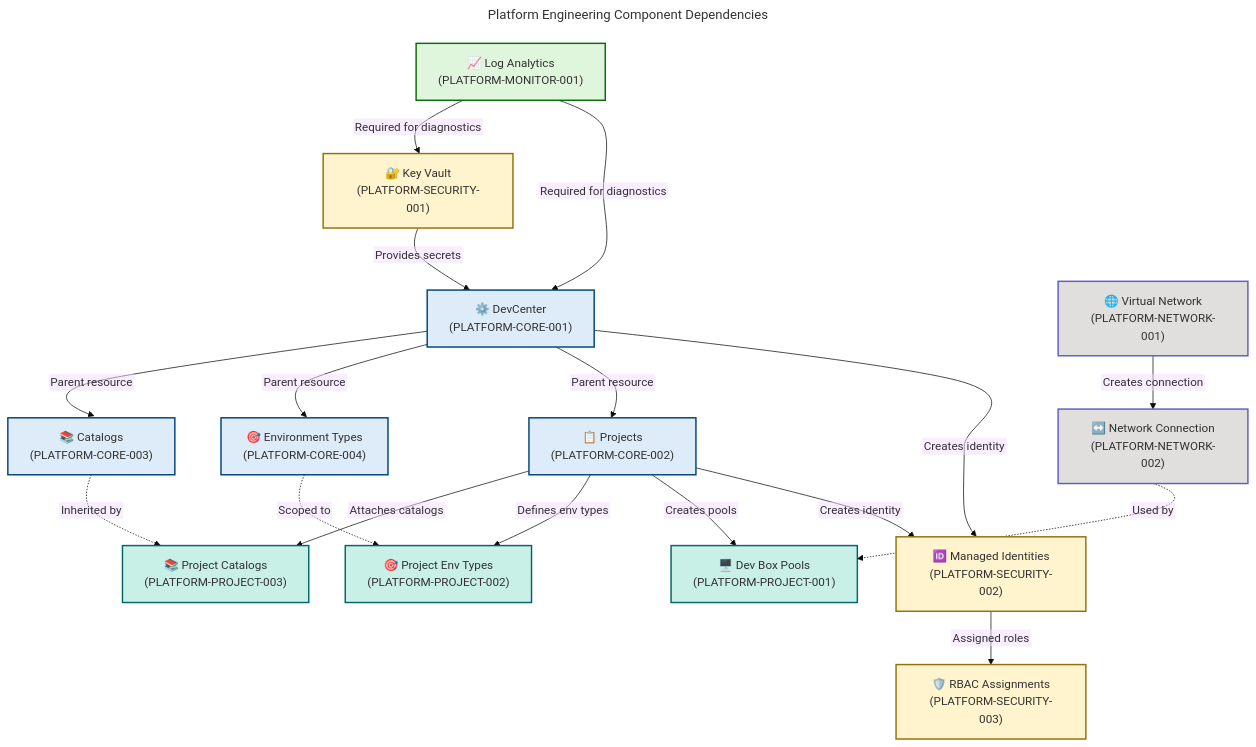
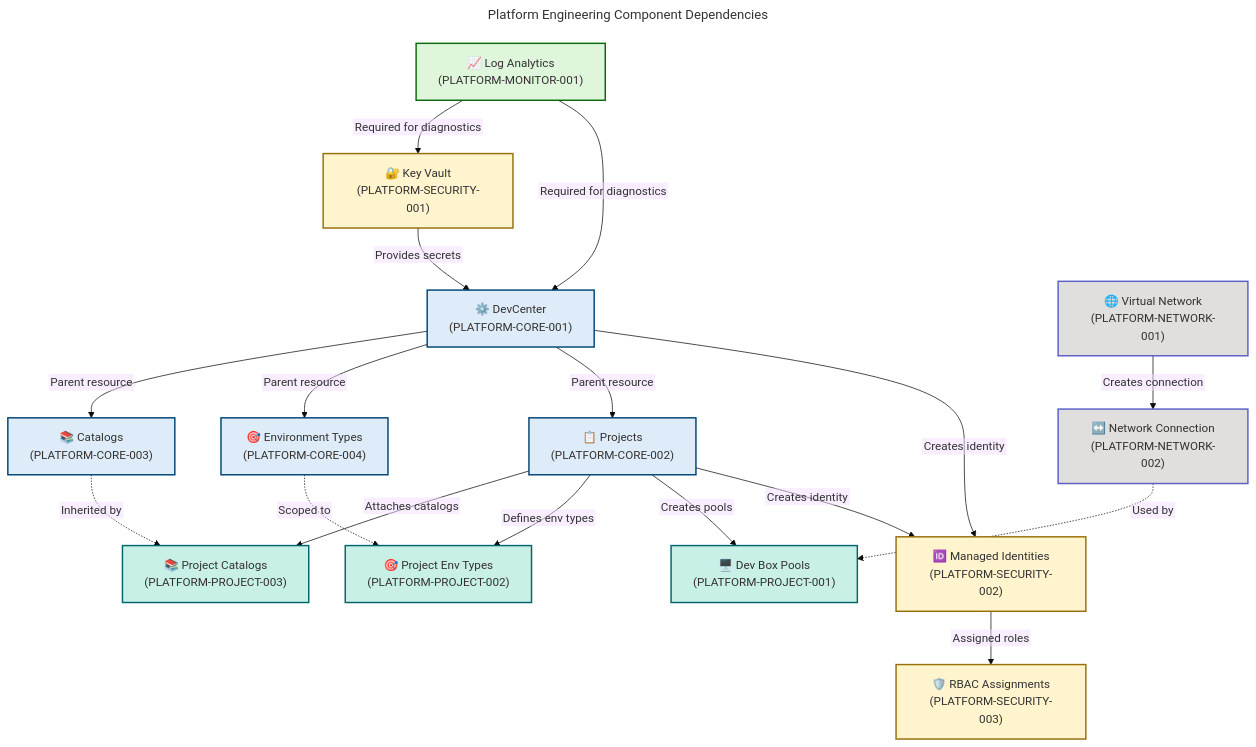
The third of 4 diagrams in docs/architecture/Platform-Engineering-BDAT.md (Evilazaro/DevExp-DevBox), drawn with Mermaid before and after one commit. The commit also changed other lines of this file and 2 other files, not shown here.

Commit message:
Update flowchart curve style from 'cardinal' to 'basis' in architecture documentation

```diff
--- a/docs/architecture/Platform-Engineering-BDAT.md
+++ b/docs/architecture/Platform-Engineering-BDAT.md
@@ -1390,7 +1390,7 @@
     fontSize: '16px'
   flowchart:
     htmlLabels: false
-    curve: cardinal
+    curve: basis
     nodeSpacing: 50
     rankSpacing: 50
 ---
```
